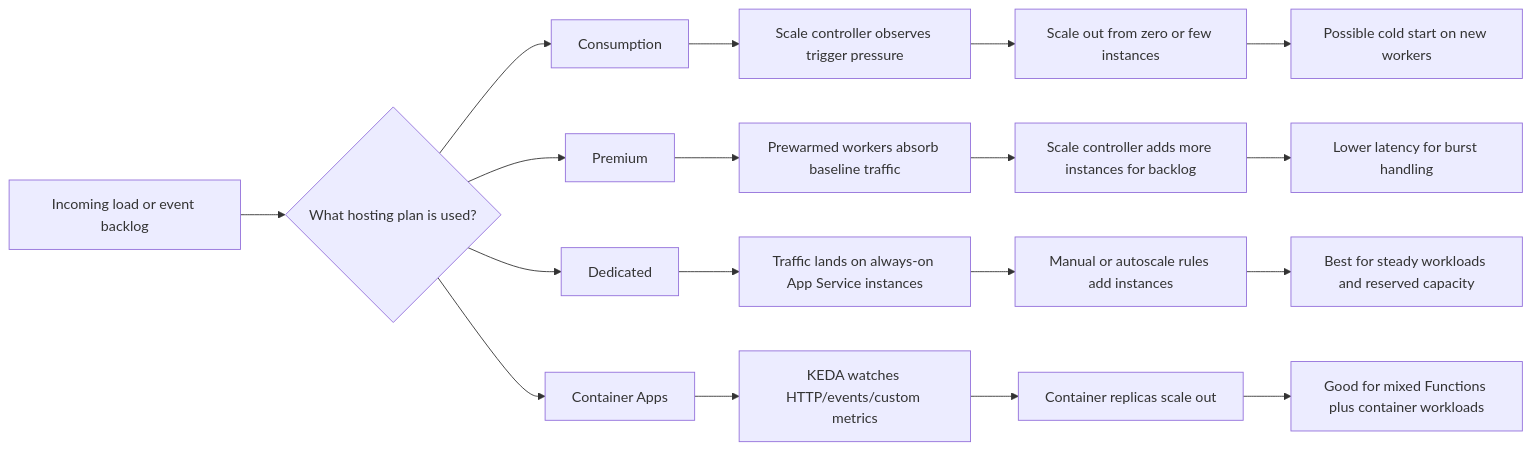
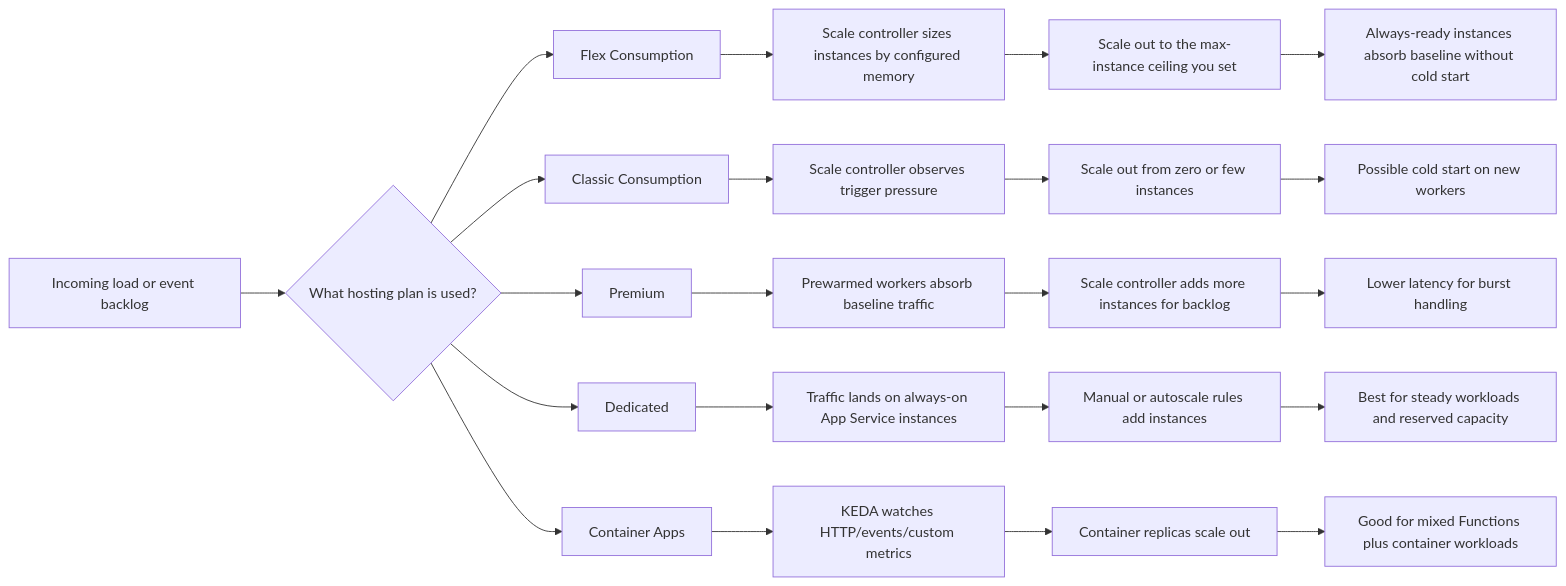
The diagram in docs/foundations/hosting-and-scale.md (yeongseon/azure-functions-cookbook-python), drawn with Mermaid before and after one commit. The commit also changed other lines of this file and 32 other files, not shown here.

````diff
--- a/docs/foundations/hosting-and-scale.md
+++ b/docs/foundations/hosting-and-scale.md
@@ -16,25 +28,30 @@
 ```mermaid
 flowchart LR
     A[Incoming load or event backlog] --> B{What hosting plan is used?}
 
-    B --> C[Consumption]
+    B --> G[Flex Consumption]
+    B --> C[Classic Consumption]
     B --> D[Premium]
     B --> E[Dedicated]
     B --> F[Container Apps]
+
+    G --> G1[Scale controller sizes instances by configured memory]
+    G1 --> G2[Scale out to the max-instance ceiling you set]
+    G2 --> G3[Always-ready instances absorb baseline without cold start]
 
     C --> C1[Scale controller observes trigger pressure]
     C1 --> C2[Scale out from zero or few instances]
     C2 --> C3[Possible cold start on new workers]
 
     D --> D1[Prewarmed workers absorb baseline traffic]
     D1 --> D2[Scale controller adds more instances for backlog]
     D2 --> D3[Lower latency for burst handling]
 
     E --> E1[Traffic lands on always-on App Service instances]
     E1 --> E2[Manual or autoscale rules add instances]
     E2 --> E3[Best for steady workloads and reserved capacity]
 
     F --> F1[KEDA watches HTTP/events/custom metrics]
     F1 --> F2[Container replicas scale out]
     F2 --> F3[Good for mixed Functions plus container workloads]
 ```
````
